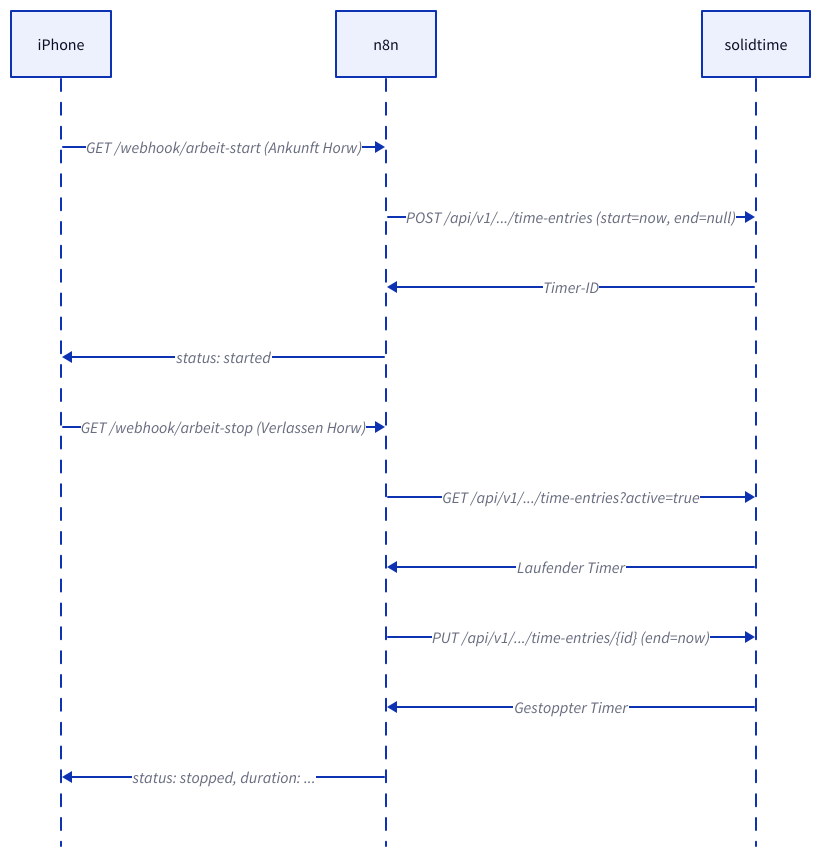
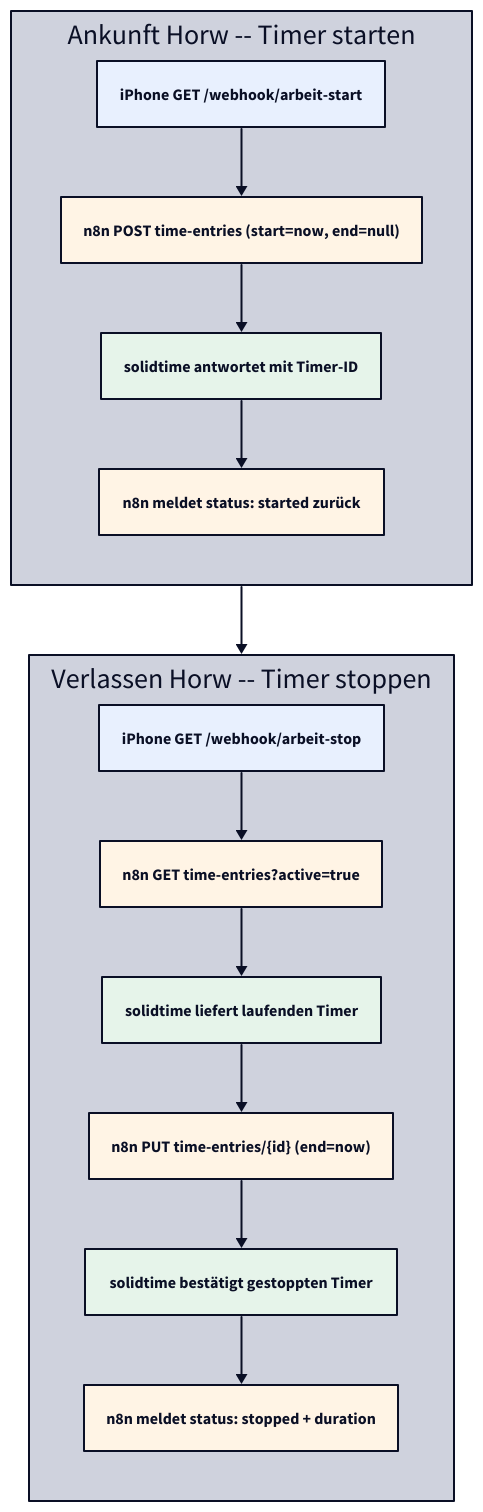
Before and after one commit to derever-labs/homelab-wiki: the second of 3 diagrams in docs/zeiterfassung/index.md, drawn with D2. The commit also changed other lines of this file and 3 other files, not shown here.

Commit message:
refactor(diagrams): Sequence-Diagramme auf ELK-Classes umstellen

````diff
--- a/docs/zeiterfassung/index.md
+++ b/docs/zeiterfassung/index.md
@@ -84,19 +84,36 @@
 ```d2
-shape: sequence_diagram
+vars: {
+  d2-config: {
+    theme-id: 1
+    layout-engine: elk
+  }
+}
 
-iPhone
-n8n
-solidtime
+direction: down
 
-iPhone -> n8n: "GET /webhook/arbeit-start (Ankunft Horw)"
-n8n -> solidtime: "POST /api/v1/.../time-entries (start=now, end=null)"
-solidtime -> n8n: Timer-ID
-n8n -> iPhone: "status: started"
+classes: {
+  iphone: { style.fill: "#e8f0fe" }
+  n8n: { style.fill: "#fff4e5" }
+  solid: { style.fill: "#e6f4ea" }
+}
 
-iPhone -> n8n: "GET /webhook/arbeit-stop (Verlassen Horw)"
-n8n -> solidtime: "GET /api/v1/.../time-entries?active=true"
-solidtime -> n8n: Laufender Timer
-n8n -> solidtime: "PUT /api/v1/.../time-entries/{id} (end=now)"
-solidtime -> n8n: Gestoppter Timer
-n8n -> iPhone: "status: stopped, duration: ..."
+start: Ankunft Horw -- Timer starten {
+  hook: "iPhone GET /webhook/arbeit-start" { class: iphone }
+  post: "n8n POST time-entries (start=now, end=null)" { class: n8n }
+  ack: "solidtime antwortet mit Timer-ID" { class: solid }
+  resp: "n8n meldet status: started zurück" { class: n8n }
+  hook -> post -> ack -> resp
+}
+
+stop: Verlassen Horw -- Timer stoppen {
+  hook: "iPhone GET /webhook/arbeit-stop" { class: iphone }
+  find: "n8n GET time-entries?active=true" { class: n8n }
+  cur: "solidtime liefert laufenden Timer" { class: solid }
+  close: "n8n PUT time-entries/{id} (end=now)" { class: n8n }
+  ack: "solidtime bestätigt gestoppten Timer" { class: solid }
+  resp: "n8n meldet status: stopped + duration" { class: n8n }
+  hook -> find -> cur -> close -> ack -> resp
+}
+
+start -> stop
 ```
````
